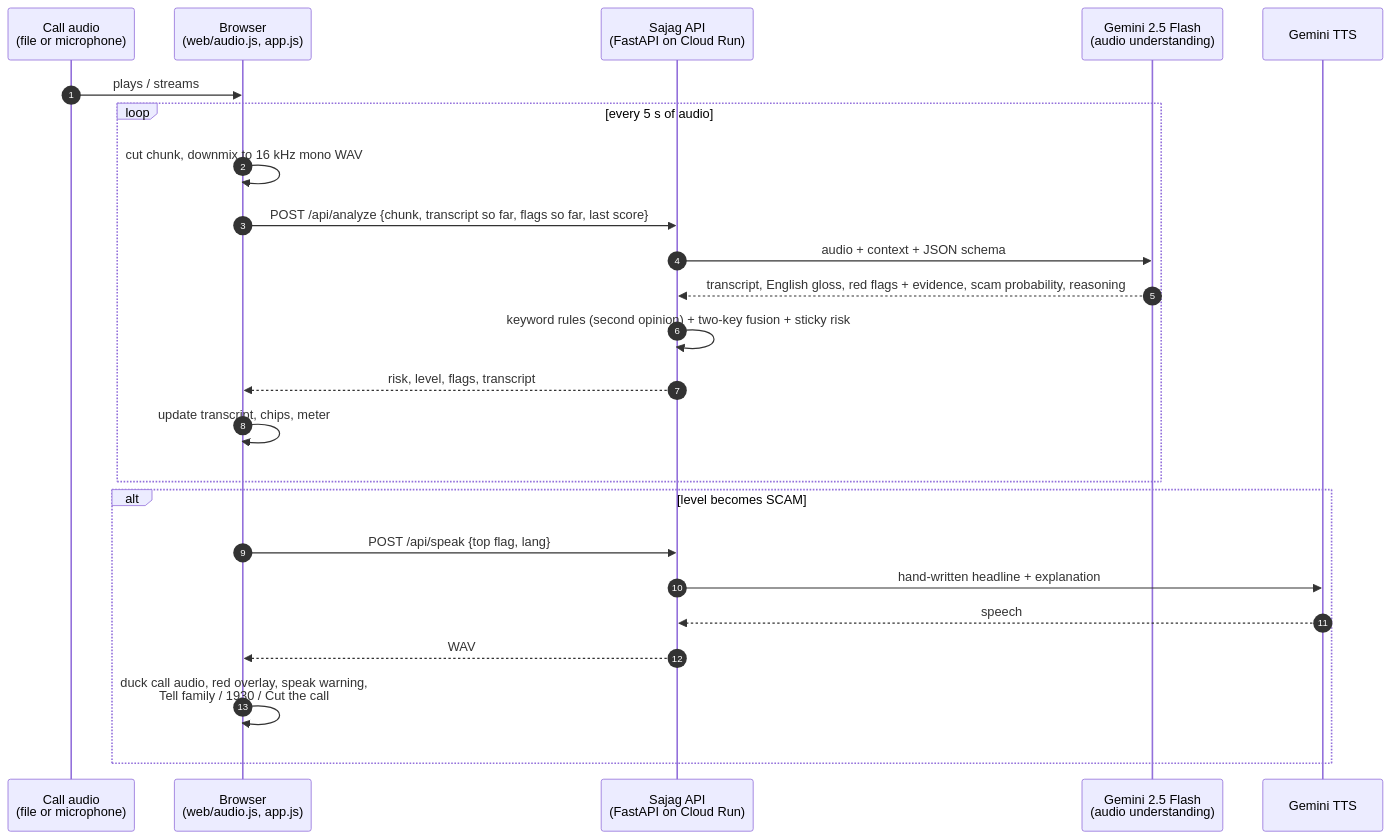
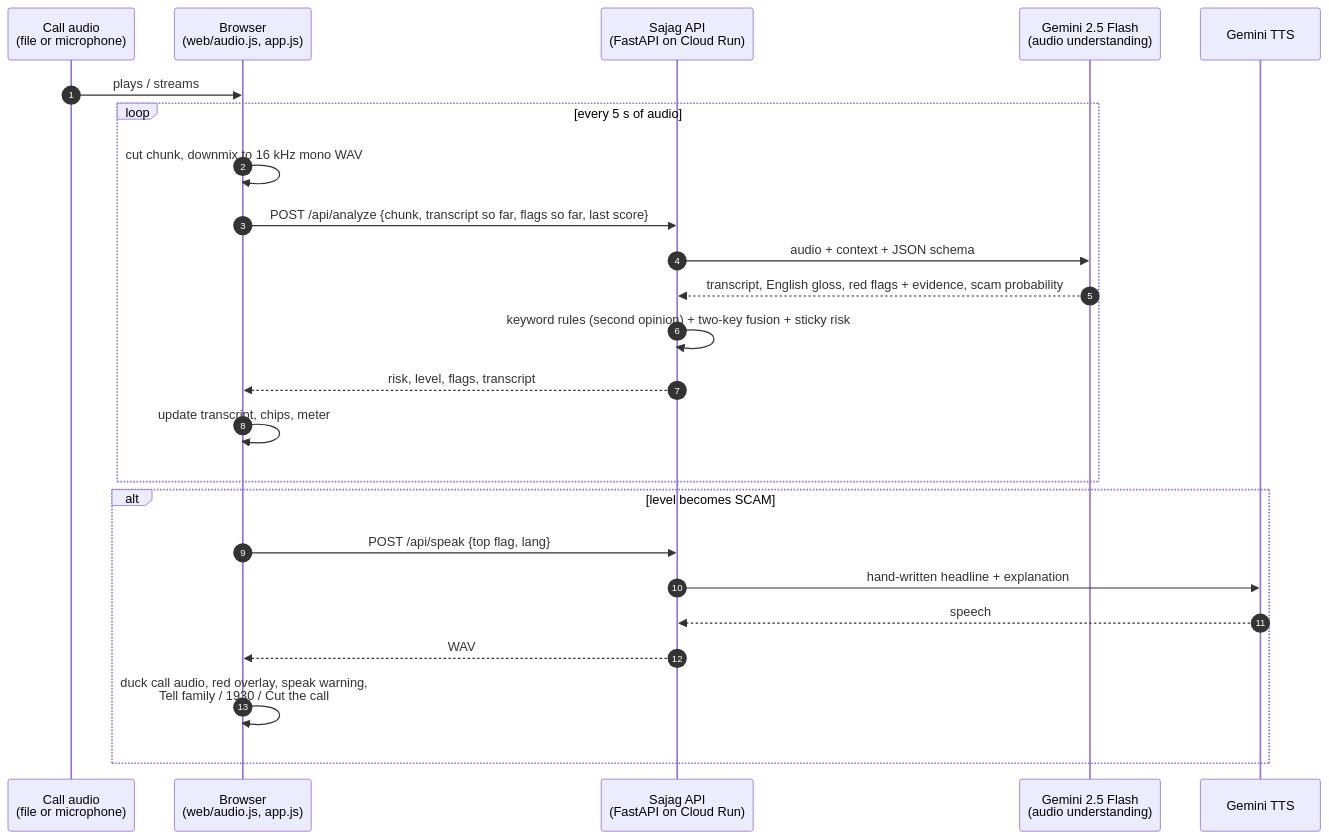
The diagram in README.md (VedantDomadiya/sajag), drawn with Mermaid before and after one commit. The commit also changed other lines of this file and 4 other files, not shown here.

````diff
--- a/README.md
+++ b/README.md
@@ -116,27 +116,27 @@
 ```mermaid
 sequenceDiagram
     autonumber
     participant Call as Call audio<br/>(file or microphone)
     participant B as Browser<br/>(web/audio.js, app.js)
     participant S as Sajag API<br/>(FastAPI on Cloud Run)
     participant G as Gemini 2.5 Flash<br/>(audio understanding)
     participant T as Gemini TTS
 
     Call->>B: plays / streams
     loop every 5 s of audio
         B->>B: cut chunk, downmix to 16 kHz mono WAV
         B->>S: POST /api/analyze {chunk, transcript so far, flags so far, last score}
         S->>G: audio + context + JSON schema
-        G-->>S: transcript, English gloss, red flags + evidence, scam probability, reasoning
+        G-->>S: transcript, English gloss, red flags + evidence, scam probability
         S->>S: keyword rules (second opinion) + two-key fusion + sticky risk
         S-->>B: risk, level, flags, transcript
         B->>B: update transcript, chips, meter
     end
     alt level becomes SCAM
         B->>S: POST /api/speak {top flag, lang}
         S->>T: hand-written headline + explanation
         T-->>S: speech
         S-->>B: WAV
         B->>B: duck call audio, red overlay, speak warning,<br/>Tell family / 1930 / Cut the call
     end
 ```
````
